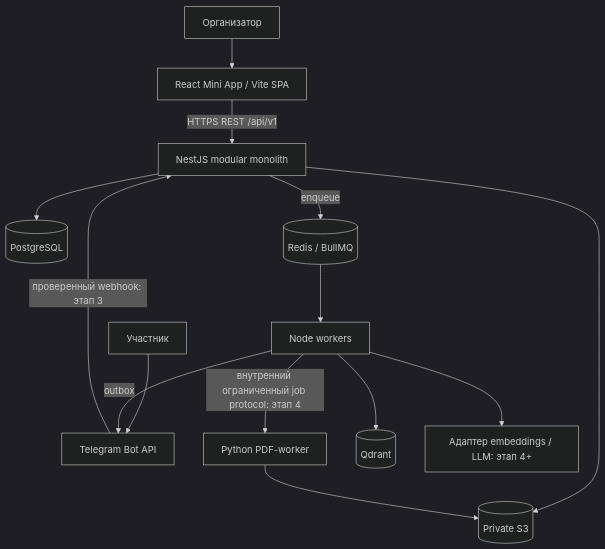
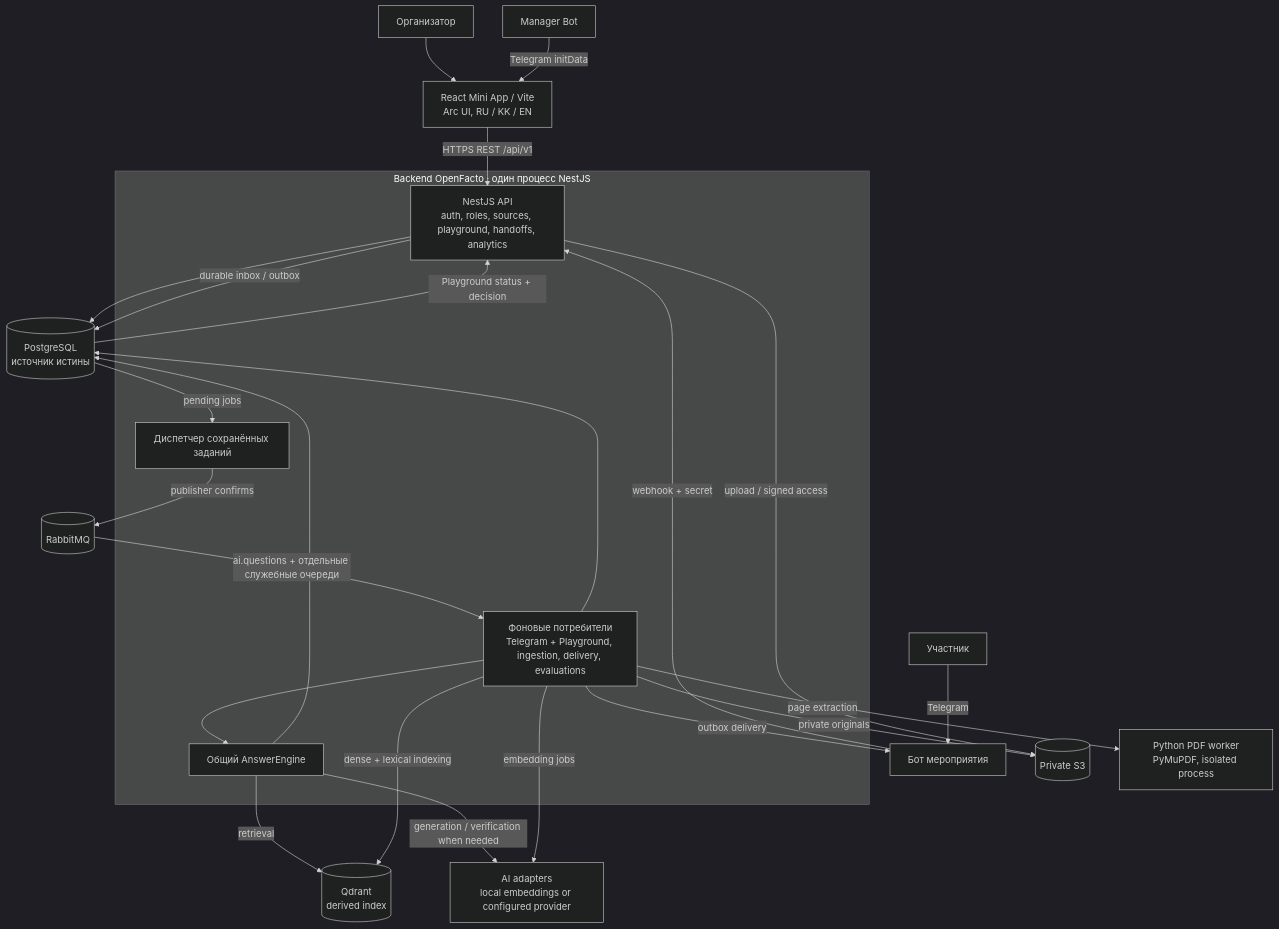
The first of 8 diagrams in docs/openfacto/ARCHITECTURE.md (Feruum/OpenFacto), drawn with Mermaid (dark theme) before and after one commit. The commit also changed other lines of this file and 1379 other files, not shown here.

````diff
--- a/docs/openfacto/ARCHITECTURE.md
+++ b/docs/openfacto/ARCHITECTURE.md
@@ -6,16 +13,31 @@
 ```mermaid
 flowchart TB
-  organizer[Организатор] --> spa[React Mini App / Vite SPA]
-  participant[Участник] --> tg[Telegram Bot API]
-  spa -->|HTTPS REST /api/v1| api[NestJS modular monolith]
-  tg -->|проверенный webhook: этап 3| api
-  api --> pg[(PostgreSQL)]
-  api -->|enqueue| redis[(Redis / BullMQ)]
-  redis --> node[Node workers]
-  node -->|внутренний ограниченный job protocol: этап 4| python[Python PDF-worker]
-  api --> s3[(Private S3)]
-  python --> s3
-  node --> qdrant[(Qdrant)]
-  node --> providers[Адаптер embeddings / LLM: этап 4+]
-  node -->|outbox| tg
+  subgraph backend[Backend OpenFacto · один процесс NestJS]
+    api[NestJS API<br/>auth, roles, sources, playground, handoffs, analytics]
+    dispatch[Диспетчер сохранённых заданий]
+    worker[Фоновые потребители<br/>Telegram + Playground, ingestion, delivery, evaluations]
+    engine[Общий AnswerEngine]
+  end
+  organizer[Организатор] --> mini[React Mini App / Vite<br/>Arc UI, RU / KK / EN]
+  mini -->|HTTPS REST /api/v1| api
+  participant[Участник] -->|Telegram| clientbot[Бот мероприятия]
+  clientbot -->|webhook + secret| api
+  api --> pg[(PostgreSQL<br/>источник истины)]
+  api -->|durable inbox / outbox| pg
+  pg -->|pending jobs| dispatch
+  dispatch -->|publisher confirms| rabbit[(RabbitMQ)]
+  rabbit -->|ai.questions + отдельные служебные очереди| worker
+  worker --> pg
+  worker --> engine
+  pg -->|Playground status + decision| api
+  engine --> pg
+  engine -->|retrieval| qdrant
+  engine -->|generation / verification when needed| ai
+  worker -->|private originals| s3[(Private S3)]
+  api -->|upload / signed access| s3
+  worker -->|page extraction| pdf[Python PDF worker<br/>PyMuPDF, isolated process]
+  worker -->|dense + lexical indexing| qdrant[(Qdrant<br/>derived index)]
+  worker -->|embedding jobs| ai[AI adapters<br/>local embeddings or configured provider]
+  worker -->|outbox delivery| clientbot
+  manager[Manager Bot] -->|Telegram initData| mini
 ```
````
